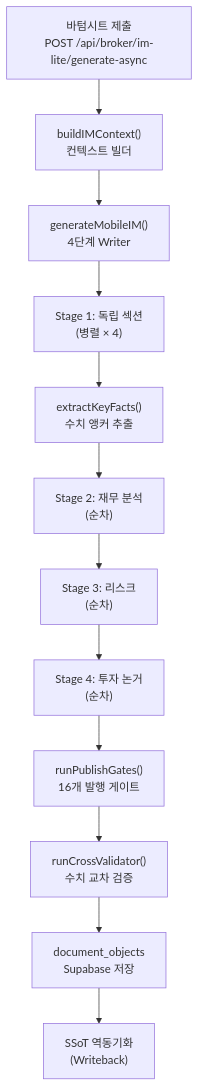
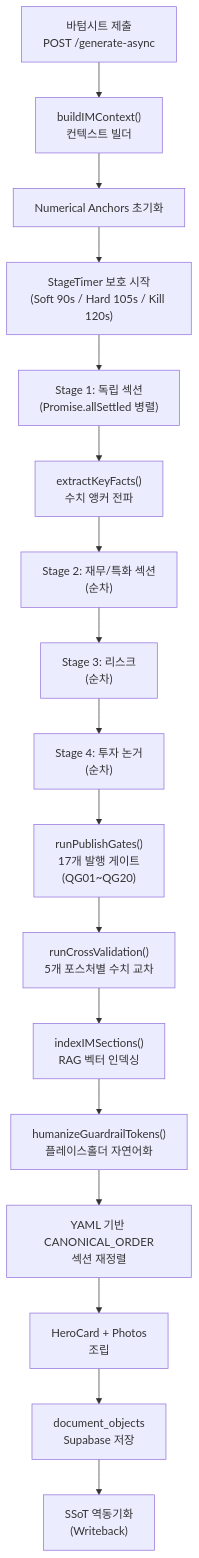
The first of 2 diagrams in docs/test0825/02_MOBILE_IM_CONTENT_GENERATION_AND_RENDERING_SPEC.md (kboom8002/cre-dealcard), drawn with Mermaid before and after one commit. The commit also changed other lines of this file and 2 other files, not shown here.

Commit message:
docs: fresh re-audit of pipeline/mobile-IM/PPTX-IM specs after major codebase upgrade (v2)

````diff
--- a/docs/test0825/02_MOBILE_IM_CONTENT_GENERATION_AND_RENDERING_SPEC.md
+++ b/docs/test0825/02_MOBILE_IM_CONTENT_GENERATION_AND_RENDERING_SPEC.md
@@ -29,14 +28,19 @@
 ```mermaid
 flowchart TD
-    A["바텀시트 제출\nPOST /api/broker/im-lite/generate-async"] --> B["buildIMContext()\n컨텍스트 빌더"]
-    B --> C["generateMobileIM()\n4단계 Writer"]
-    C --> D["Stage 1: 독립 섹션\n(병렬 × 4)"]
-    D --> E["extractKeyFacts()\n수치 앵커 추출"]
-    E --> F["Stage 2: 재무 분석\n(순차)"]
-    F --> G["Stage 3: 리스크\n(순차)"]
-    G --> H["Stage 4: 투자 논거\n(순차)"]
-    H --> I["runPublishGates()\n16개 발행 게이트"]
-    I --> J["runCrossValidator()\n수치 교차 검증"]
-    J --> K["document_objects\nSupabase 저장"]
-    K --> L["SSoT 역동기화\n(Writeback)"]
+    A["바텀시트 제출\nPOST /generate-async"] --> B["buildIMContext()\n컨텍스트 빌더"]
+    B --> C["Numerical Anchors 초기화"]
+    C --> D["StageTimer 보호 시작\n(Soft 90s / Hard 105s / Kill 120s)"]
+    D --> E["Stage 1: 독립 섹션\n(Promise.allSettled 병렬)"]
+    E --> F["extractKeyFacts()\n수치 앵커 전파"]
+    F --> G["Stage 2: 재무/특화 섹션\n(순차)"]
+    G --> H["Stage 3: 리스크\n(순차)"]
+    H --> I["Stage 4: 투자 논거\n(순차)"]
+    I --> J["runPublishGates()\n17개 발행 게이트\n(QG01~QG20)"]
+    J --> K["runCrossValidation()\n5개 포스처별 수치 교차"]
+    K --> L["indexIMSections()\nRAG 벡터 인덱싱"]
+    L --> M["humanizeGuardrailTokens()\n플레이스홀더 자연어화"]
+    M --> N["YAML 기반 CANONICAL_ORDER\n섹션 재정렬"]
+    N --> O["HeroCard + Photos\n조립"]
+    O --> P["document_objects\nSupabase 저장"]
+    P --> Q["SSoT 역동기화\n(Writeback)"]
 ```
````
